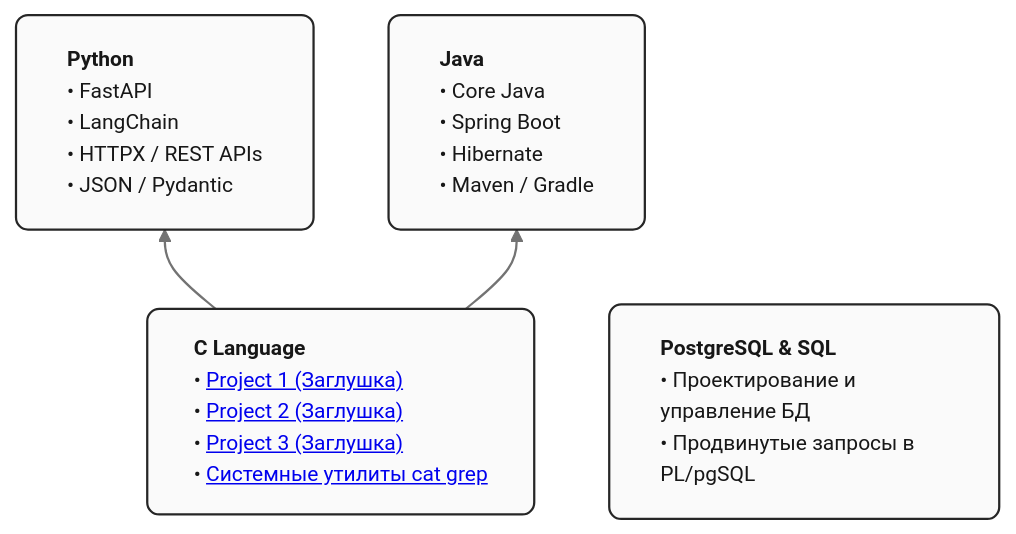
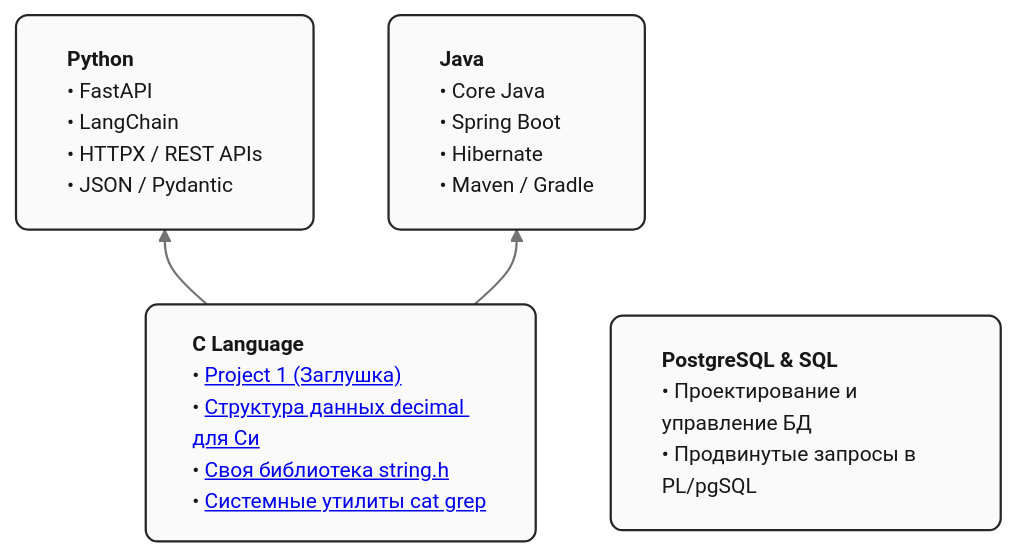
Before and after one commit to fanofanapa/fanofanapa: the diagram in README.md, drawn with Mermaid.

````diff
--- a/README.md
+++ b/README.md
@@ -1,20 +1,20 @@
 ```mermaid
 %%{init: {'theme': 'base', 'themeVariables': { 'fontSize': '14px', 'fontFamily': 'Inter, system-ui, -apple-system, sans-serif' }}}%%
 flowchart BT
-    c_lang["<div style='text-align: left; padding: 1px;'><b>C Language</b><br/>• <a href='https://github.com/'>Project 1 (Заглушка)</a><br/>• <a href='https://github.com/'>Project 2 (Заглушка)</a><br/>• <a href='https://github.com/'>Project 3 (Заглушка)</a><br/>• <a href='https://github.com/fanofanapa/cat_grep_educational/tree/main'>Системные утилиты cat grep</a></div>"]
+    c_lang["<div style='text-align: left; padding: 1px;'><b>C Language</b><br/>• <a href='https://github.com/'>Project 1 (Заглушка)</a><br/>• <a href='https://github.com/fanofanapa/decimal_lib_c_edu'>Структура данных decimal для Си</a><br/>• <a href='https://github.com/fanofanapa/strings_lib_c_edu'>Своя библиотека string.h</a><br/>• <a href='https://github.com/fanofanapa/cat_grep_educational/tree/main'>Системные утилиты cat grep</a></div>"]
     
     sql["<div style='text-align: left; padding: 4px;'><b>PostgreSQL & SQL</b><br/>• Проектирование и управление БД<br/>• Продвинутые запросы в PL/pgSQL</div>"]
 
     java["<div style='text-align: left; padding: 4px;'><b>Java</b><br/>• Core Java<br/>• Spring Boot<br/>• Hibernate<br/>• Maven / Gradle</div>"]
     
     python["<div style='text-align: left; padding: 4px;'><b>Python</b><br/>• FastAPI<br/>• LangChain<br/>• HTTPX / REST APIs<br/>• JSON / Pydantic</div>"]
 
     c_lang --> python
     c_lang --> java
 
     %% Минималистичный стиль узлов: светлый фон, темные тонкие рамки, скругленные углы (rx/ry)
     classDef default fill:#fafafa,stroke:#262626,stroke-width:1.5px,color:#171717,rx:8px,ry:8px;
     
     %% Строгий стиль линий
     linkStyle default stroke:#737373,stroke-width:1.5px;
 ```
````
